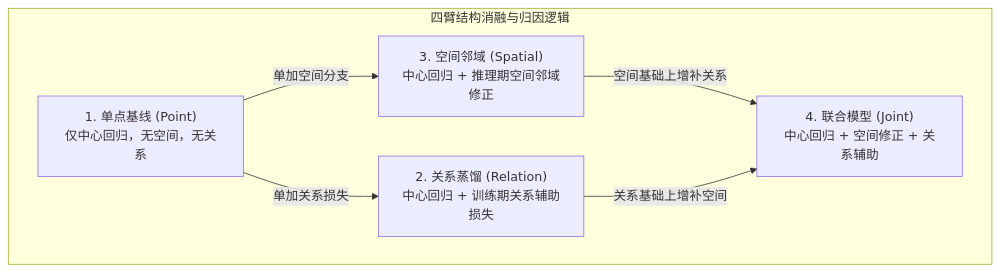
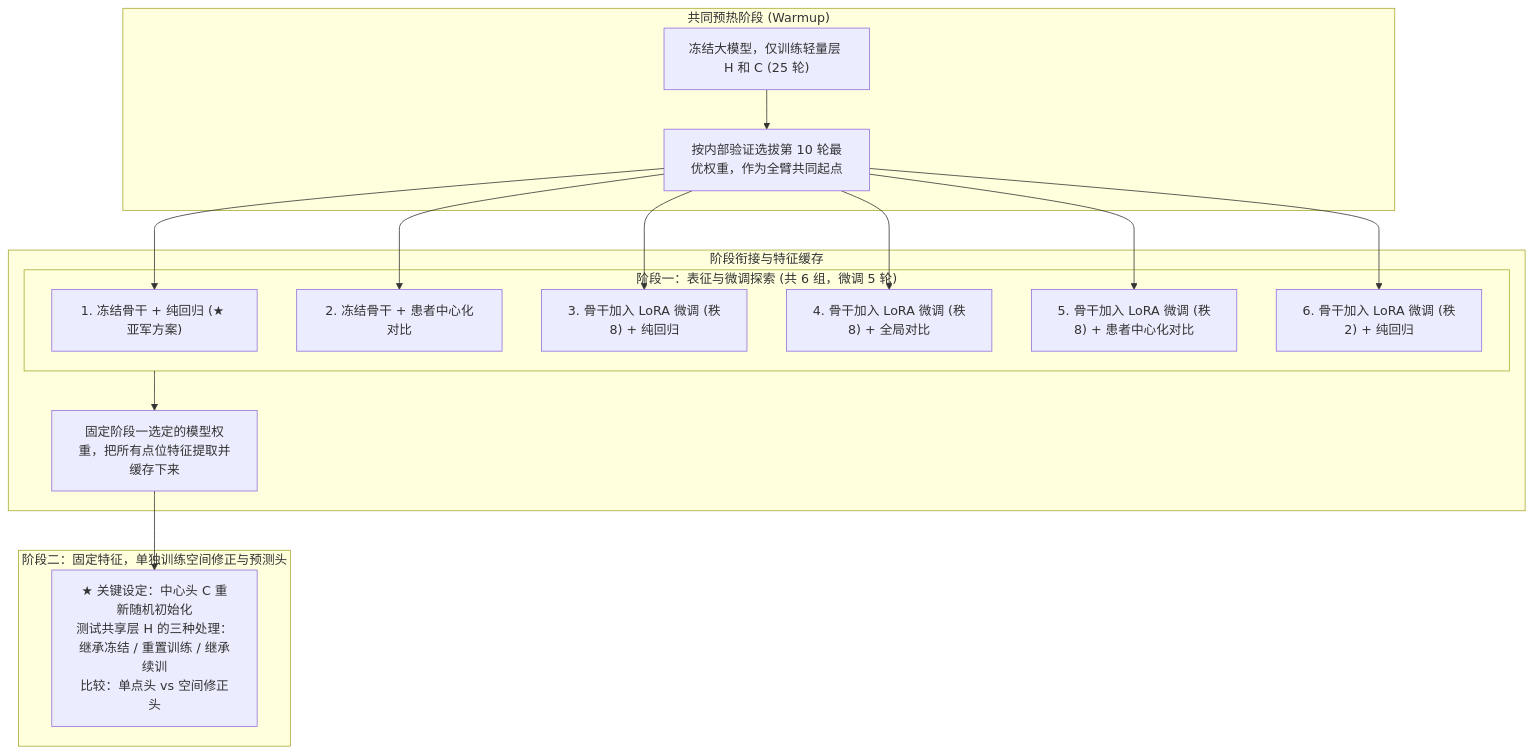
One commit to qzs610038-star/AI-esophagus-cancer-basedon-HF-HT changed the third of 4 diagrams in 团队项目进度与结论/qzs/Phase2软连接方案升级指南.md. Above: the diagram before and after it, drawn with Mermaid. The commit also changed other lines of this file and 3 other files, not shown here.

````diff
--- a/团队项目进度与结论/qzs/Phase2软连接方案升级指南.md
+++ b/团队项目进度与结论/qzs/Phase2软连接方案升级指南.md
@@ -107,14 +174,23 @@
 ```mermaid
 flowchart TD
-    subgraph Arms["四臂结构消融与归因逻辑"]
-        A["1. 单点基线 (Point)<br/>仅中心回归，无空间，无关系"]
-        B["2. 关系蒸馏 (Relation)<br/>中心回归 + 训练期关系辅助损失"]
-        C["3. 空间邻域 (Spatial)<br/>中心回归 + 推理期空间邻域修正"]
-        D["4. 联合模型 (Joint)<br/>中心回归 + 空间修正 + 关系辅助"]
+    subgraph Stage0["共同预热阶段 (Warmup)"]
+        W1["冻结大模型，仅训练轻量层 H 和 C (25 轮)"] --> W2["按内部验证选拔第 10 轮最优权重，作为全臂共同起点"]
+    end
 
-        A -- "单加关系损失" --> B
-        A -- "单加空间分支" --> C
-        C -- "空间基础上增补关系" --> D
-        B -- "关系基础上增补空间" --> D
+    subgraph Stage1["阶段一：表征与微调探索 (共 6 组，微调 5 轮)"]
+        W2 --> S1_1["1. 冻结骨干 + 纯回归 (★ 亚军方案)"]
+        W2 --> S1_2["2. 冻结骨干 + 患者中心化对比"]
+        W2 --> S1_3["3. 骨干加入 LoRA 微调 (秩8) + 纯回归"]
+        W2 --> S1_4["4. 骨干加入 LoRA 微调 (秩8) + 全局对比"]
+        W2 --> S1_5["5. 骨干加入 LoRA 微调 (秩8) + 患者中心化对比"]
+        W2 --> S1_6["6. 骨干加入 LoRA 微调 (秩2) + 纯回归"]
+    end
+
+    subgraph Transition["阶段衔接与特征缓存"]
+        Stage1 --> Cache["固定阶段一选定的模型权重，把所有点位特征提取并缓存下来"]
+    end
+
+    subgraph Stage2["阶段二：固定特征，单独训练空间修正与预测头"]
+        Cache --> S2_setup["★ 关键设定：中心头 C 重新随机初始化<br/>测试共享层 H 的三种处理：继承冻结 / 重置训练 / 继承续训<br/>比较：单点头 vs 空间修正头"]
     end
 ```
````
